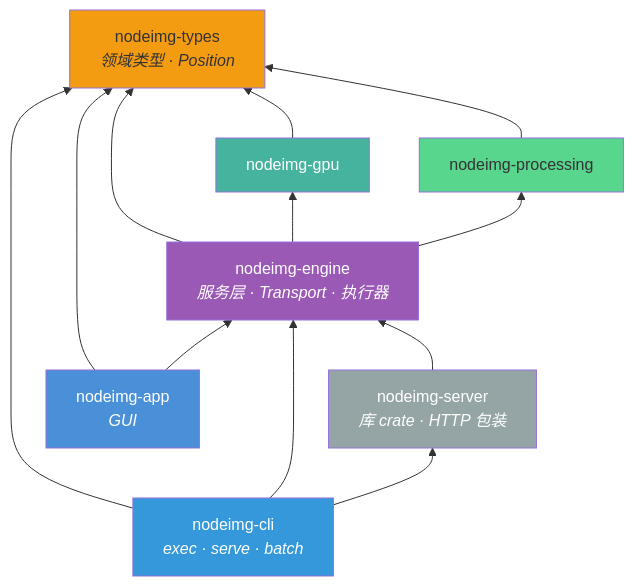
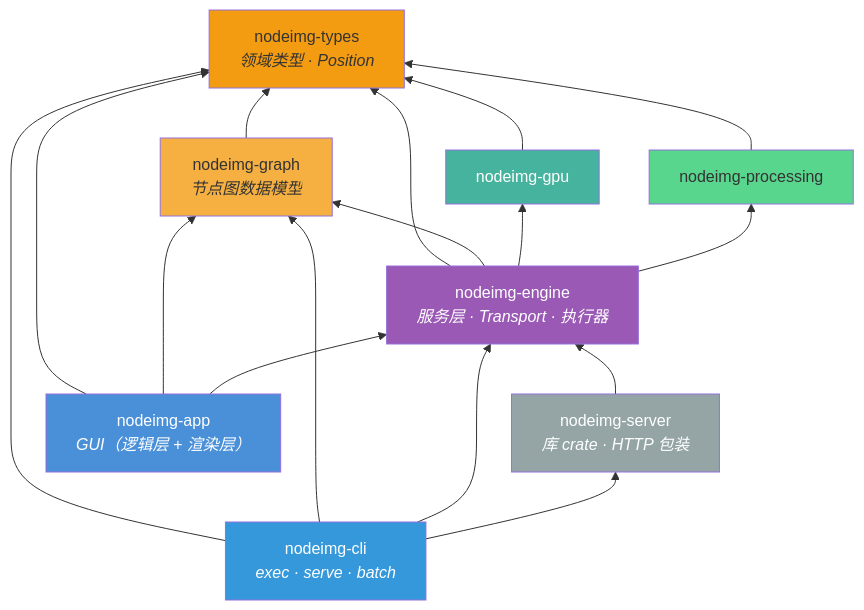
Before and after one commit to aporicho/nodeimg: the third of 10 diagrams in docs/target-architecture.md, drawn with Mermaid. The commit also changed other lines of this file, not shown here.

````diff
--- a/docs/target-architecture.md
+++ b/docs/target-architecture.md
@@ -121,30 +121,36 @@
 ```mermaid
 graph BT
     types["nodeimg-types<br/><i>领域类型 · Position</i>"]
+    graph_crate["nodeimg-graph<br/><i>节点图数据模型</i>"]
     gpu["nodeimg-gpu"]
     proc["nodeimg-processing"]
     engine["nodeimg-engine<br/><i>服务层 · Transport · 执行器</i>"]
     server["nodeimg-server<br/><i>库 crate · HTTP 包装</i>"]
-    app["nodeimg-app<br/><i>GUI</i>"]
+    app["nodeimg-app<br/><i>GUI（逻辑层 + 渲染层）</i>"]
     cli["nodeimg-cli<br/><i>exec · serve · batch</i>"]
 
+    graph_crate --> types
     gpu --> types
     proc --> types
     engine --> types
+    engine --> graph_crate
     engine --> gpu
     engine --> proc
     app --> types
+    app --> graph_crate
     app --> engine
     server --> engine
     cli --> types
+    cli --> graph_crate
     cli --> engine
     cli --> server
 
     style types fill:#F39C12,color:#333
+    style graph_crate fill:#F5B041,color:#333
     style gpu fill:#45B39D,color:#fff
     style proc fill:#58D68D,color:#333
     style engine fill:#9B59B6,color:#fff
     style server fill:#95A5A6,color:#fff
     style app fill:#4A90D9,color:#fff
     style cli fill:#3498DB,color:#fff
 ```
````
